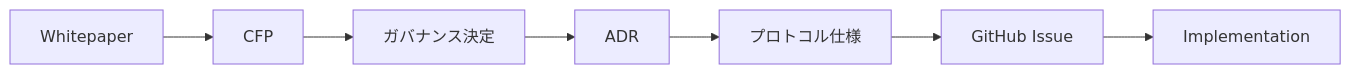
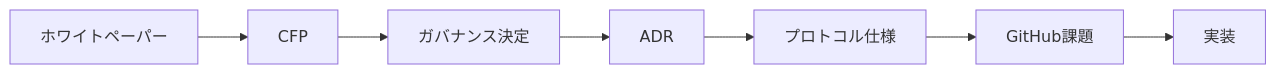
Before and after one commit to ShigeichiroYamasaki/creator-first-platform: the diagram in docs/adr/index.md, drawn with Mermaid. The commit also changed other lines of this file and 72 other files, not shown here.

````diff
--- a/docs/adr/index.md
+++ b/docs/adr/index.md
@@ -18,12 +18,12 @@
 ```mermaid
 flowchart LR
-    WP[Whitepaper]
+    WP[ホワイトペーパー]
     CFP[CFP]
     GOV[ガバナンス決定]
     ADR[ADR]
     SPEC[プロトコル仕様]
-    ISSUE[GitHub Issue]
-    CODE[Implementation]
+    ISSUE[GitHub課題]
+    CODE[実装]
 
     WP --> CFP --> GOV --> ADR --> SPEC --> ISSUE --> CODE
 ```
````
